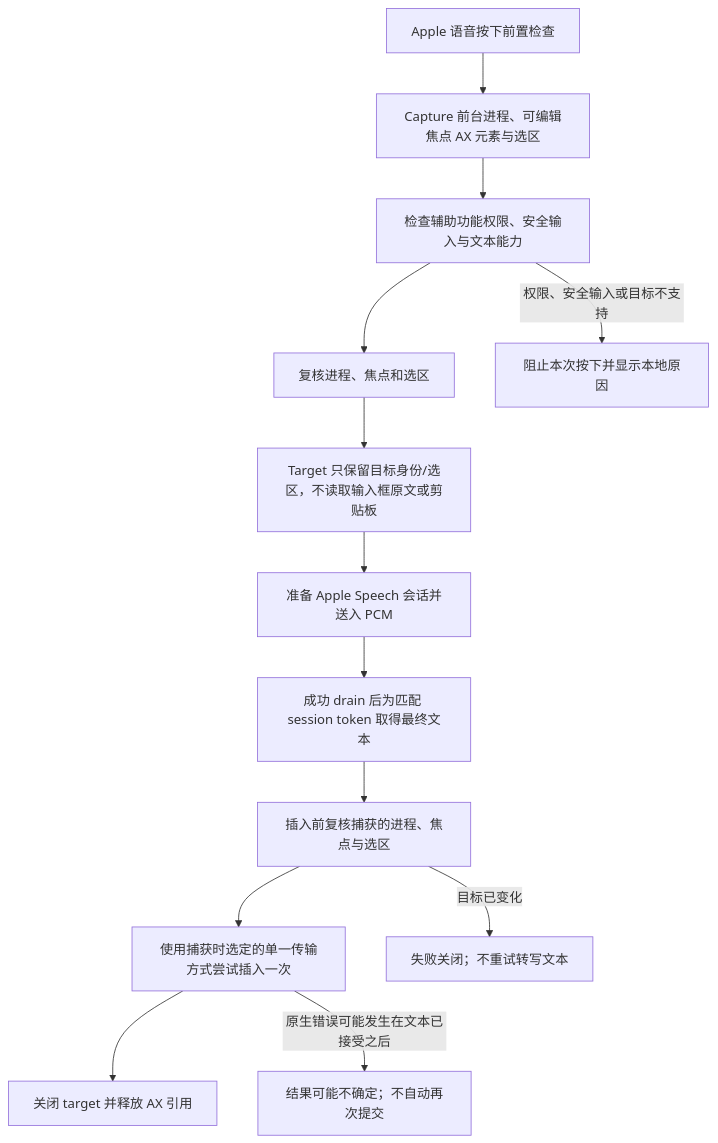
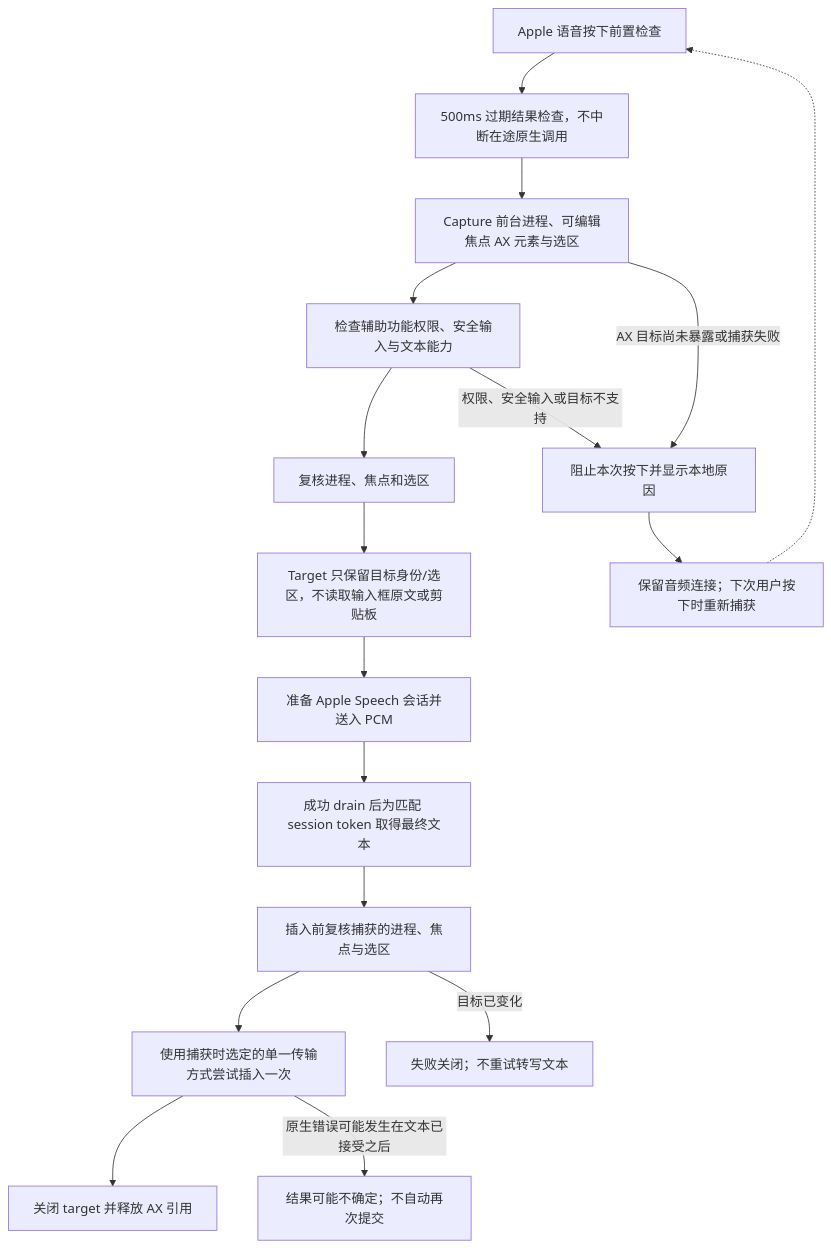
Before and after one commit to daftAI2026/MiMac: the diagram in tools/workbench/diagrams/apple-text-target.mmd, drawn with Mermaid. The commit also changed 1 other file, not shown here.

Commit message:
docs: clarify Apple text target admission boundaries

```diff
--- a/tools/workbench/diagrams/apple-text-target.mmd
+++ b/tools/workbench/diagrams/apple-text-target.mmd
@@ -1,13 +1,17 @@
 flowchart TD
-    press["Apple 语音按下前置检查"] --> capture["Capture 前台进程、可编辑焦点 AX 元素与选区"]
+    press["Apple 语音按下前置检查"] --> admission["500ms 过期结果检查，不中断在途原生调用"]
+    admission --> capture["Capture 前台进程、可编辑焦点 AX 元素与选区"]
     capture --> checks["检查辅助功能权限、安全输入与文本能力"]
     checks --> confirm["复核进程、焦点和选区"]
     confirm --> frozen["Target 只保留目标身份/选区，不读取输入框原文或剪贴板"]
     frozen --> audio["准备 Apple Speech 会话并送入 PCM"]
     audio --> final["成功 drain 后为匹配 session token 取得最终文本"]
     final --> recheck["插入前复核捕获的进程、焦点与选区"]
     recheck --> insert["使用捕获时选定的单一传输方式尝试插入一次"]
     insert --> cleanup["关闭 target 并释放 AX 引用"]
+    capture -->|AX 目标尚未暴露或捕获失败| blocked
     checks -->|权限、安全输入或目标不支持| blocked["阻止本次按下并显示本地原因"]
     recheck -->|目标已变化| noRetry["失败关闭；不重试转写文本"]
     insert -->|原生错误可能发生在文本已接受之后| uncertain["结果可能不确定；不自动再次提交"]
+    blocked --> nextPress["保留音频连接；下次用户按下时重新捕获"]
+    nextPress -.-> press
```
